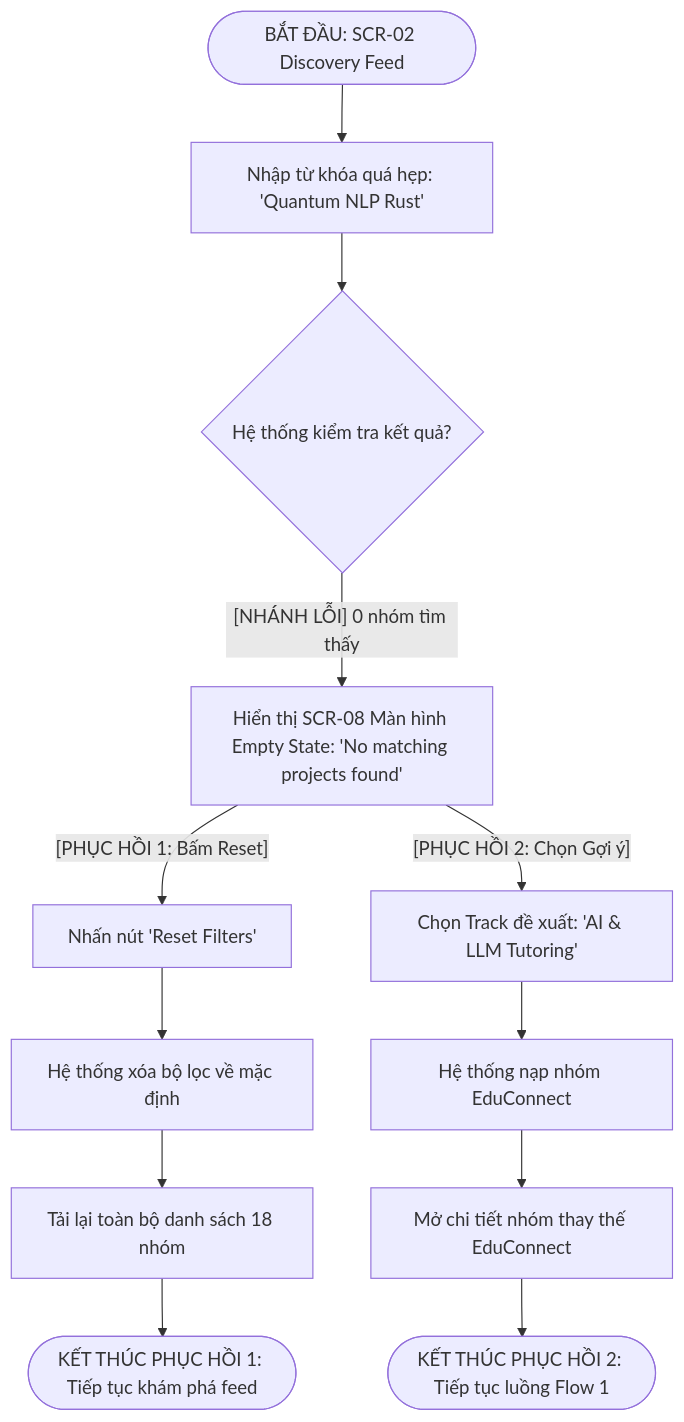
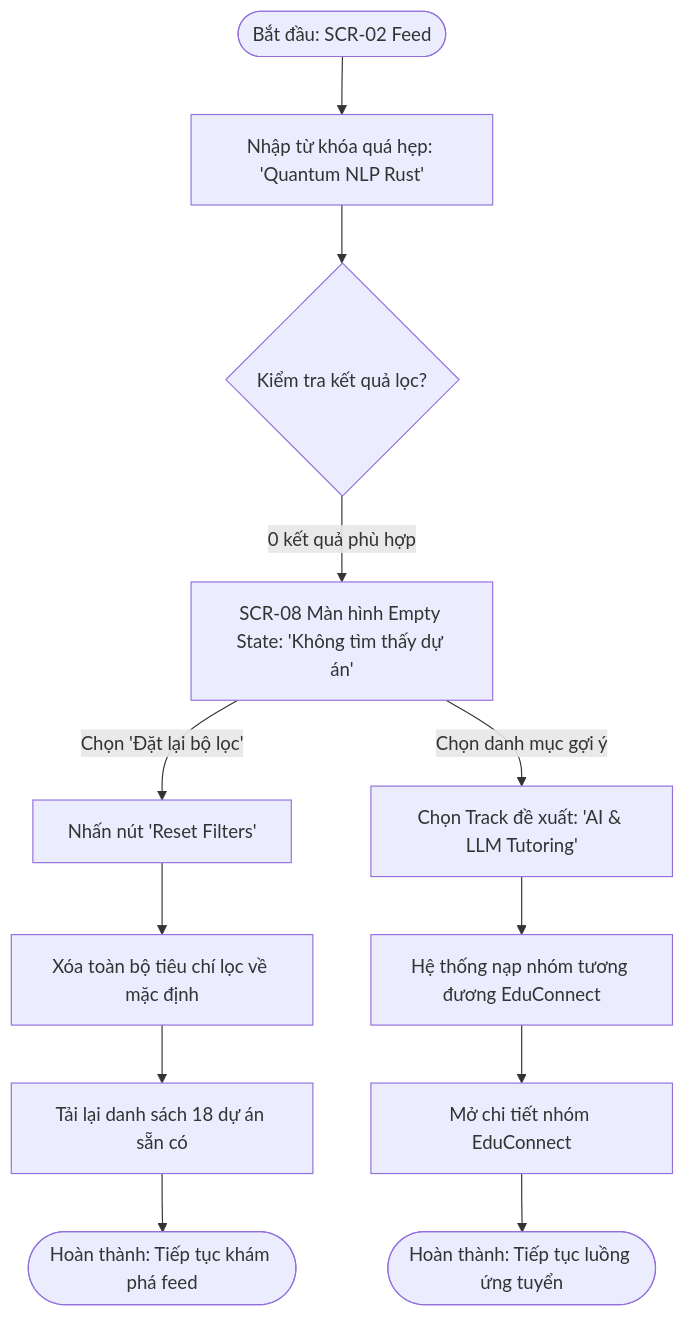
One commit to LuTu-2004/prm323-lab2-group4 changed the third of 3 diagrams in ux/user-flow.md. Above: the diagram before and after it, drawn with Mermaid. The commit also changed other lines of this file and 1 other file, not shown here.

Commit message:
refactor: use professional flowchart terminology for all 3 user flows

````diff
--- a/ux/user-flow.md
+++ b/ux/user-flow.md
@@ -112,20 +112,20 @@
 ```mermaid
 flowchart TD
-    Start([BẮT ĐẦU: SCR-02 Discovery Feed]) --> ApplyStrictFilter[Nhập từ khóa quá hẹp: 'Quantum NLP Rust']
-    ApplyStrictFilter --> CheckResult{Hệ thống kiểm tra kết quả?}
+    Start([Bắt đầu: SCR-02 Feed]) --> ApplyStrictFilter[Nhập từ khóa quá hẹp: 'Quantum NLP Rust']
+    ApplyStrictFilter --> CheckResult{Kiểm tra kết quả lọc?}
 
-    %% Nhánh lỗi (Error Branch)
-    CheckResult -- [NHÁNH LỖI] 0 nhóm tìm thấy --> EmptyState[Hiển thị SCR-08 Màn hình Empty State: 'No matching projects found']
+    %% Tình huống không tìm thấy kết quả
+    CheckResult -- 0 kết quả phù hợp --> EmptyState[SCR-08 Màn hình Empty State: 'Không tìm thấy dự án']
 
-    %% Nhánh phục hồi 1 (Recovery Branch A)
-    EmptyState -- [PHỤC HỒI 1: Bấm Reset] --> ClickReset[Nhấn nút 'Reset Filters']
-    ClickReset --> ClearFilter[Hệ thống xóa bộ lọc về mặc định]
-    ClearFilter --> ShowAll[Tải lại toàn bộ danh sách 18 nhóm]
-    ShowAll --> EndRecover1([KẾT THÚC PHỤC HỒI 1: Tiếp tục khám phá feed])
+    %% Hướng phục hồi A: Đặt lại bộ lọc
+    EmptyState -- Chọn 'Đặt lại bộ lọc' --> ClickReset[Nhấn nút 'Reset Filters']
+    ClickReset --> ClearFilter[Xóa toàn bộ tiêu chí lọc về mặc định]
+    ClearFilter --> ShowAll[Tải lại danh sách 18 dự án sẵn có]
+    ShowAll --> EndRecover1([Hoàn thành: Tiếp tục khám phá feed])
 
-    %% Nhánh phục hồi 2 (Recovery Branch B)
-    EmptyState -- [PHỤC HỒI 2: Chọn Gợi ý] --> ClickSuggest[Chọn Track đề xuất: 'AI & LLM Tutoring']
-    ClickSuggest --> LoadAlternate[Hệ thống nạp nhóm EduConnect]
-    LoadAlternate --> ViewGroup[Mở chi tiết nhóm thay thế EduConnect]
-    ViewGroup --> EndRecover2([KẾT THÚC PHỤC HỒI 2: Tiếp tục luồng Flow 1])
+    %% Hướng phục hồi B: Khám phá theo gợi ý
+    EmptyState -- Chọn danh mục gợi ý --> ClickSuggest[Chọn Track đề xuất: 'AI & LLM Tutoring']
+    ClickSuggest --> LoadAlternate[Hệ thống nạp nhóm tương đương EduConnect]
+    LoadAlternate --> ViewGroup[Mở chi tiết nhóm EduConnect]
+    ViewGroup --> EndRecover2([Hoàn thành: Tiếp tục luồng ứng tuyển])
 ```
````
